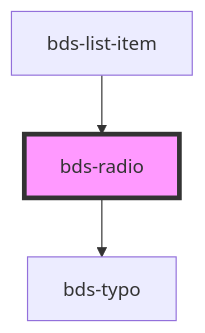
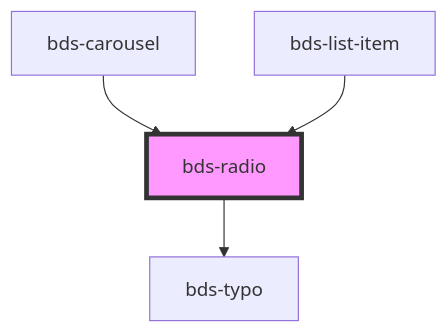
One commit to takenet/blip-ds changed the diagram in src/components/radio/readme.md. Above: the diagram before and after it, drawn with Mermaid. The commit also changed other lines of this file and 17 other files, not shown here.

Commit message:
feat(carousel): add new component BdsCarousel

````diff
--- a/src/components/radio/readme.md
+++ b/src/components/radio/readme.md
@@ -63,6 +64,7 @@
 ```mermaid
 graph TD;
   bds-radio --> bds-typo
+  bds-carousel --> bds-radio
   bds-list-item --> bds-radio
   style bds-radio fill:#f9f,stroke:#333,stroke-width:4px
 ```
````
